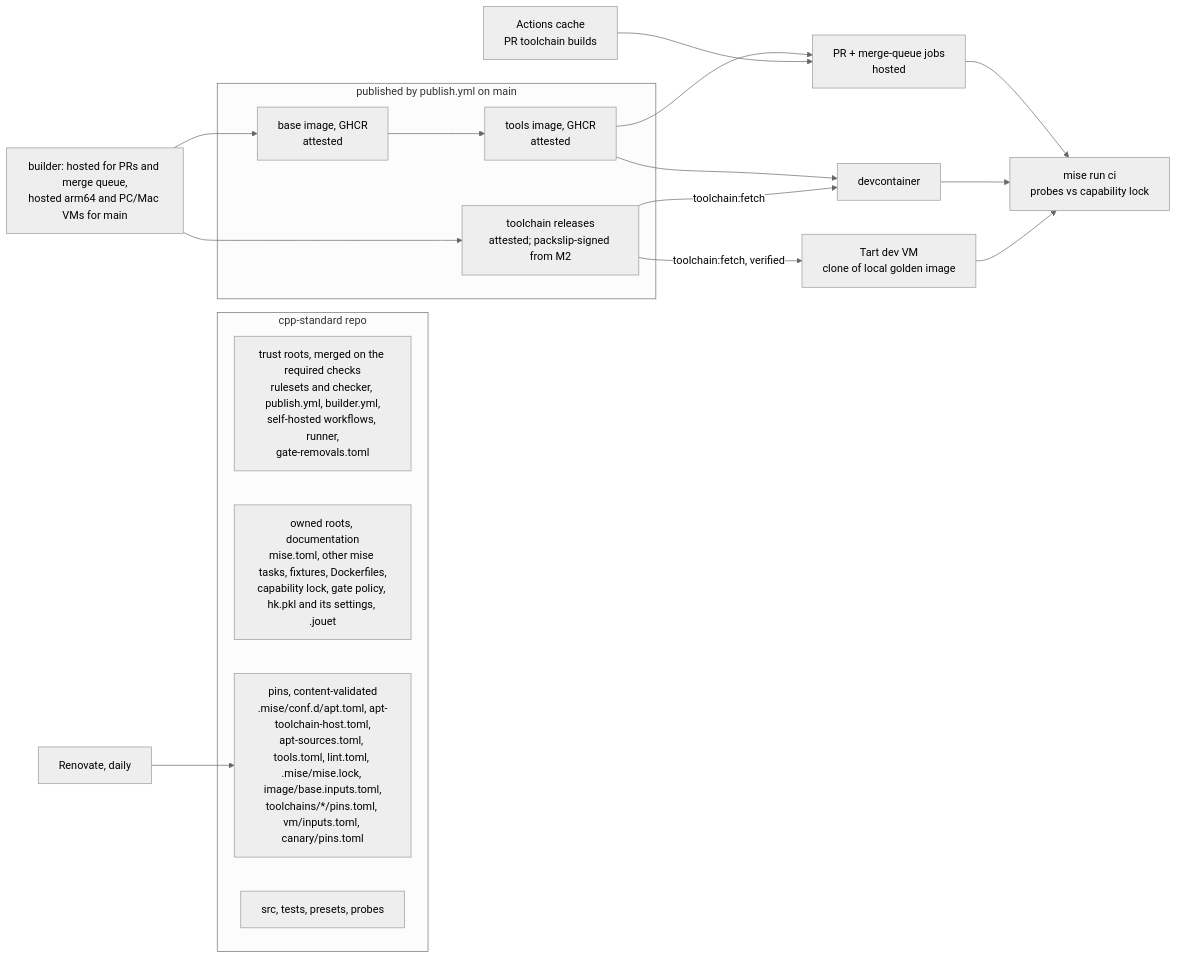
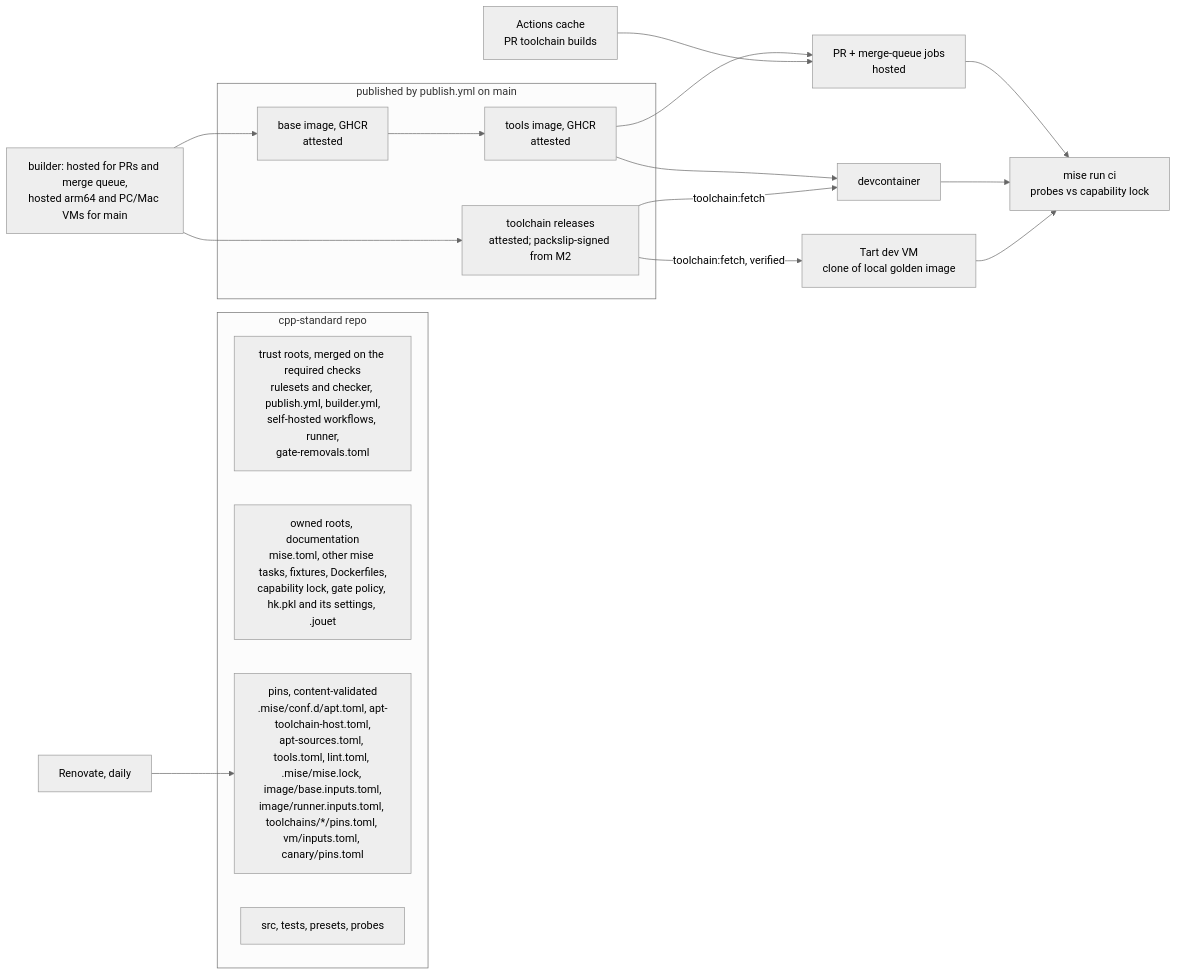
One commit to ray-manaloto/cpp-standard changed the first of 2 diagrams in docs/designs/environment-standard.md. Above: the diagram before and after it, drawn with Mermaid (neutral theme). The commit also changed other lines of this file and 6 other files, not shown here.

````diff
--- a/docs/designs/environment-standard.md
+++ b/docs/designs/environment-standard.md
@@ -375,26 +375,26 @@
 ```mermaid
 flowchart LR
   subgraph repo[cpp-standard repo]
     TRUST[trust roots, merged on the required checks<br/>rulesets and checker, publish.yml, builder.yml,<br/>self-hosted workflows, runner,<br/>gate-removals.toml]
     OWN[owned roots, documentation<br/>mise.toml, other mise tasks, fixtures, Dockerfiles,<br/>capability lock, gate policy, hk.pkl and its settings, .jouet]
-    PINS[pins, content-validated<br/>.mise/conf.d/apt.toml, apt-toolchain-host.toml,<br/>apt-sources.toml, tools.toml, lint.toml, .mise/mise.lock, image/base.inputs.toml,<br/>toolchains/*/pins.toml, vm/inputs.toml, canary/pins.toml]
+    PINS[pins, content-validated<br/>.mise/conf.d/apt.toml, apt-toolchain-host.toml,<br/>apt-sources.toml, tools.toml, lint.toml, .mise/mise.lock, image/base.inputs.toml,<br/>image/runner.inputs.toml, toolchains/*/pins.toml, vm/inputs.toml, canary/pins.toml]
     CODE[src, tests, presets, probes]
   end
   subgraph out[published by publish.yml on main]
     TA[toolchain releases<br/>attested; packslip-signed from M2]
     BASE[base image, GHCR<br/>attested]
     TOOLS[tools image, GHCR<br/>attested]
   end
   BUILDER[builder: hosted for PRs and merge queue,<br/>hosted arm64 and PC/Mac VMs for main] --> TA
   BUILDER --> BASE --> TOOLS
   TOOLS --> JOB[PR + merge-queue jobs<br/>hosted]
   CACHE[Actions cache<br/>PR toolchain builds] --> JOB
   TA -->|toolchain:fetch, verified| VM
   TOOLS --> DC[devcontainer]
   TA -->|toolchain:fetch| DC
   VM[Tart dev VM<br/>clone of local golden image]
   JOB --> CI[mise run ci<br/>probes vs capability lock]
   DC --> CI
   VM --> CI
   REN[Renovate, daily] --> PINS
 ```
````
